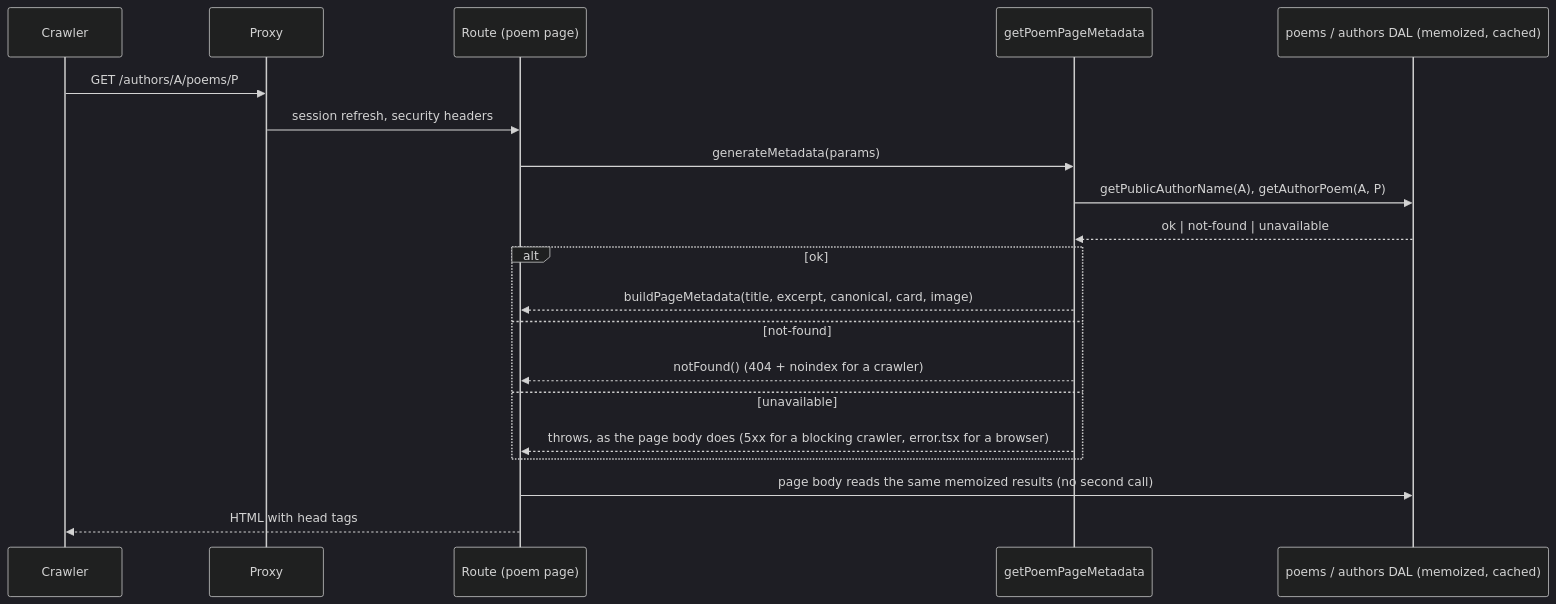
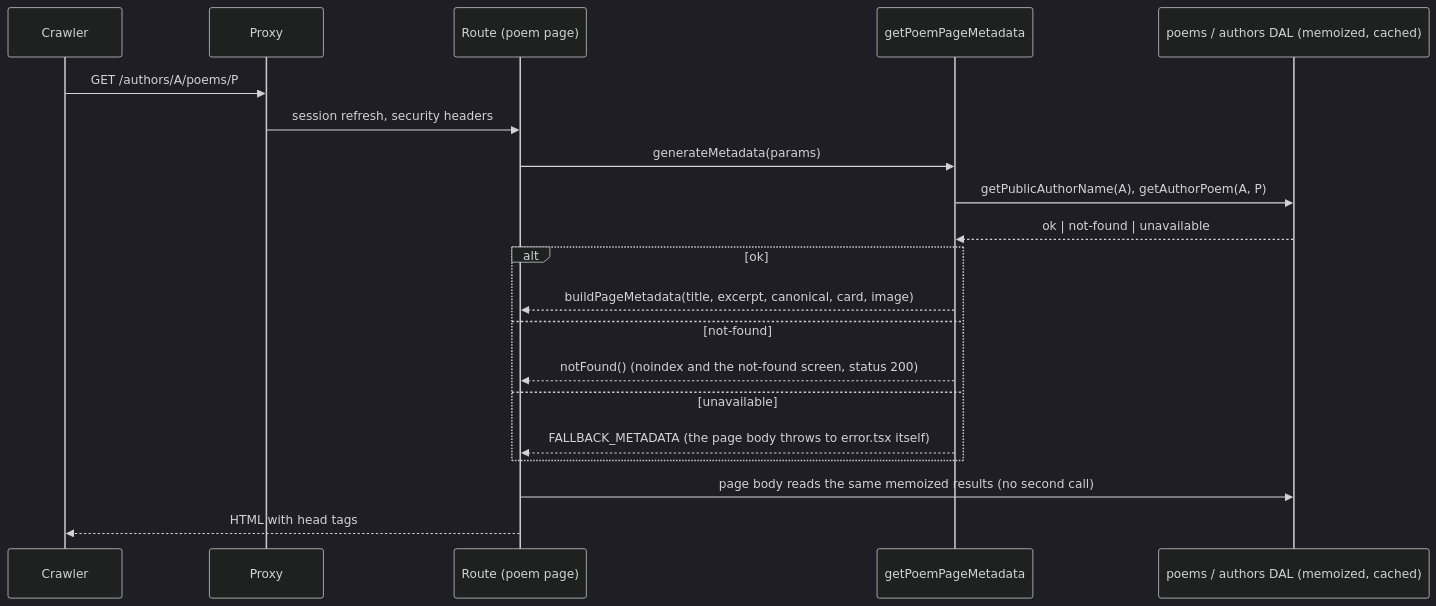
Before and after one commit to EvgeniyKrishtopa/Poetry-Hub: the first of 2 diagrams in openspec/changes/seo-metadata/design.md, drawn with Mermaid (dark theme). The commit also changed other lines of this file and 5 other files, not shown here.

````diff
--- a/openspec/changes/seo-metadata/design.md
+++ b/openspec/changes/seo-metadata/design.md
@@ -110,22 +108,22 @@
 ```mermaid
 sequenceDiagram
     participant C as Crawler
     participant P as Proxy
     participant R as Route (poem page)
     participant M as getPoemPageMetadata
     participant D as poems / authors DAL (memoized, cached)
     C->>P: GET /authors/A/poems/P
     P->>R: session refresh, security headers
     R->>M: generateMetadata(params)
     M->>D: getPublicAuthorName(A), getAuthorPoem(A, P)
     D-->>M: ok | not-found | unavailable
     alt ok
         M-->>R: buildPageMetadata(title, excerpt, canonical, card, image)
     else not-found
-        M-->>R: notFound() (404 + noindex for a crawler)
+        M-->>R: notFound() (noindex and the not-found screen, status 200)
     else unavailable
-        M-->>R: throws, as the page body does (5xx for a blocking crawler, error.tsx for a browser)
+        M-->>R: FALLBACK_METADATA (the page body throws to error.tsx itself)
     end
     R->>D: page body reads the same memoized results (no second call)
     R-->>C: HTML with head tags
 ```
````
